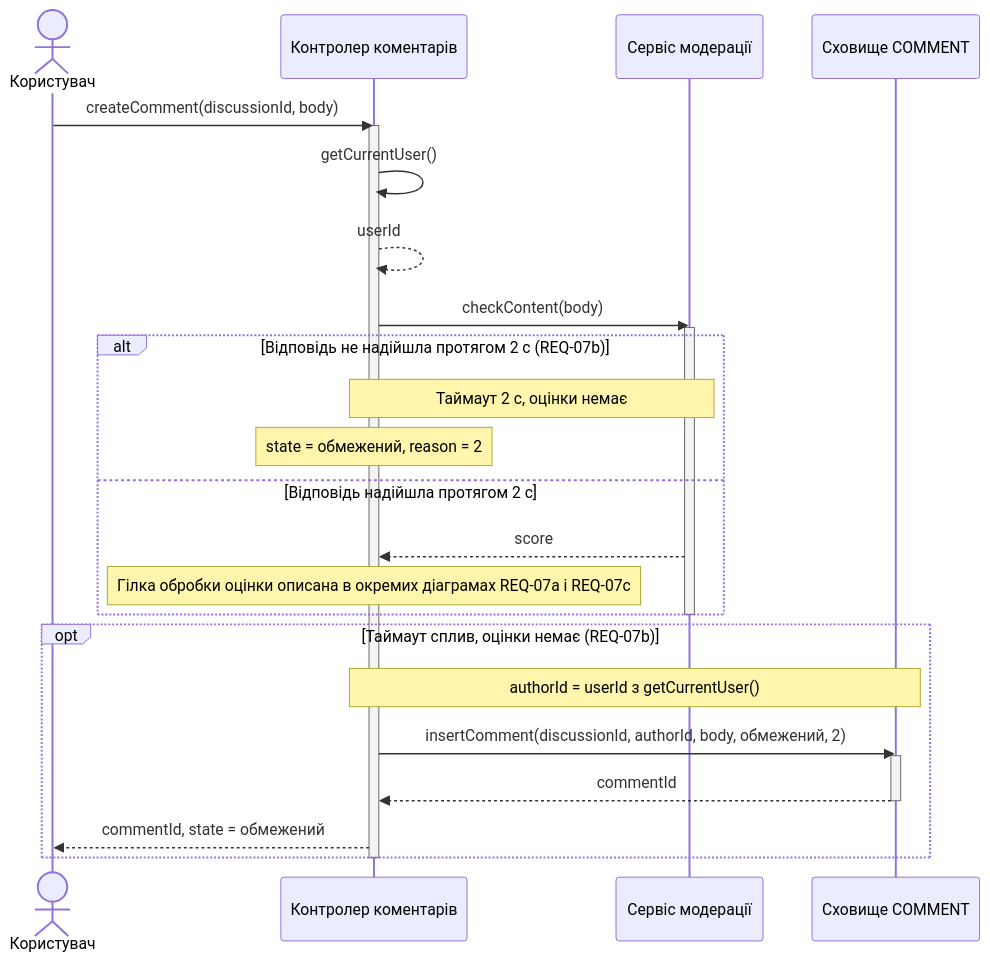
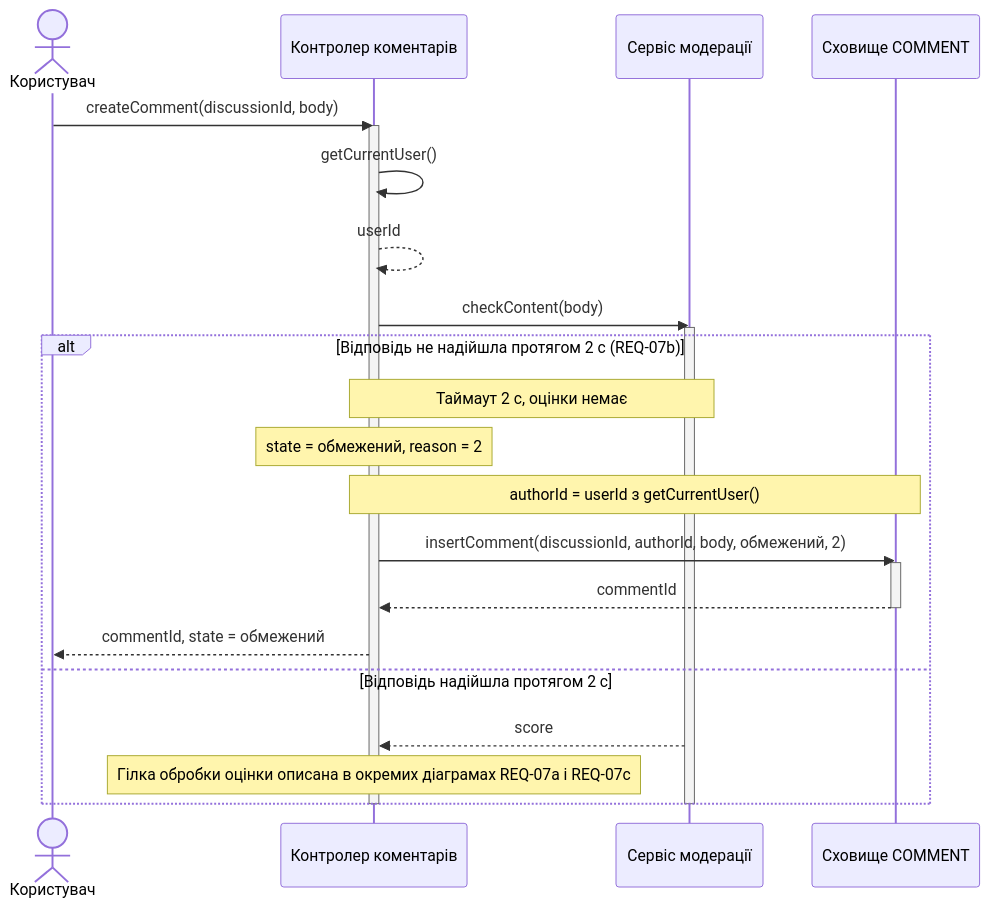
One commit to tevarindol/forum changed the fourth of 4 diagrams in lab3/sequence.md. Above: the diagram before and after it, drawn with Mermaid. The commit also changed other lines of this file, not shown here.

First line of the commit message:
docs(lab3): remove score opts and move timeout handling into alt

````diff
--- a/lab3/sequence.md
+++ b/lab3/sequence.md
@@ -82,31 +78,29 @@
 ```mermaid
 sequenceDiagram
     actor U as Користувач
     participant C as Контролер коментарів
     participant MS as Сервіс модерації
     participant DB as Сховище COMMENT
 
     U->>C: createComment(discussionId, body)
     activate C
     C->>C: getCurrentUser()
     C-->>C: userId
     C->>MS: checkContent(body)
     activate MS
     alt Відповідь не надійшла протягом 2 с (REQ-07b)
         Note over C,MS: Таймаут 2 с, оцінки немає
         Note over C: state = обмежений, reason = 2
-    else Відповідь надійшла протягом 2 с
-        MS-->>C: score
-        Note over C: Гілка обробки оцінки описана в окремих діаграмах REQ-07a і REQ-07c
-    end
-    deactivate MS
-    opt Таймаут сплив, оцінки немає (REQ-07b)
         Note over C,DB: authorId = userId з getCurrentUser()
         C->>DB: insertComment(discussionId, authorId, body, обмежений, 2)
         activate DB
         DB-->>C: commentId
         deactivate DB
         C-->>U: commentId, state = обмежений
+    else Відповідь надійшла протягом 2 с
+        MS-->>C: score
+        Note over C: Гілка обробки оцінки описана в окремих діаграмах REQ-07a і REQ-07c
     end
+    deactivate MS
     deactivate C
 ```
````
